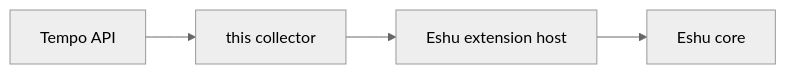
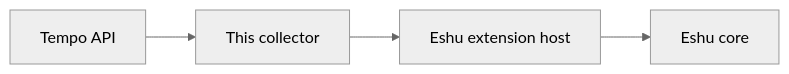
Before and after one commit to eshu-hq/eshu-collector-tempo: the diagram in README.md, drawn with Mermaid (neutral theme). The commit also changed other lines of this file and 11 other files, not shown here.

````diff
--- a/README.md
+++ b/README.md
@@ -25,6 +7,6 @@
 ```mermaid
 flowchart LR
-    A[Tempo API] --> B[this collector]
-    B --> C[Eshu extension host]
-    C --> D[Eshu core]
+    A["Tempo API"] --> B["This collector"]
+    B --> C["Eshu extension host"]
+    C --> D["Eshu core"]
 ```
````
